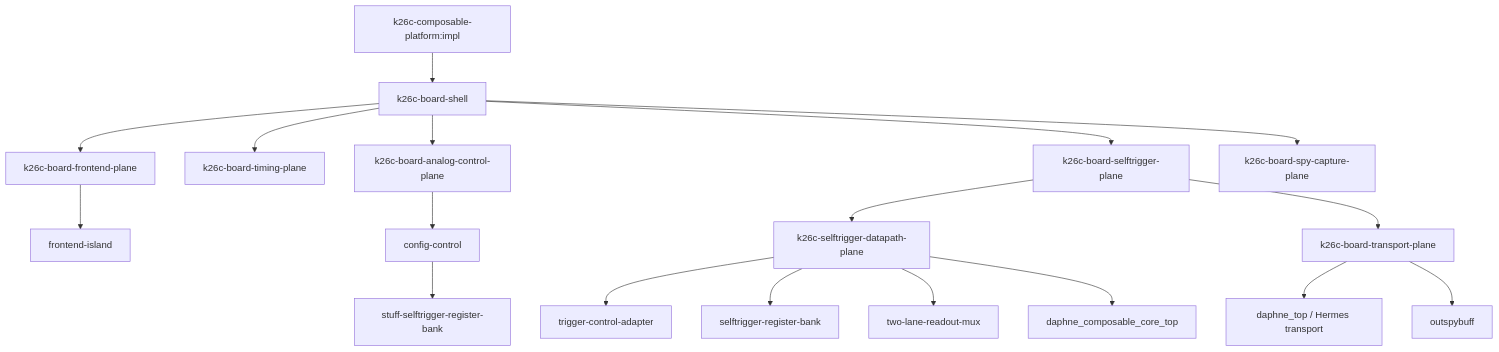
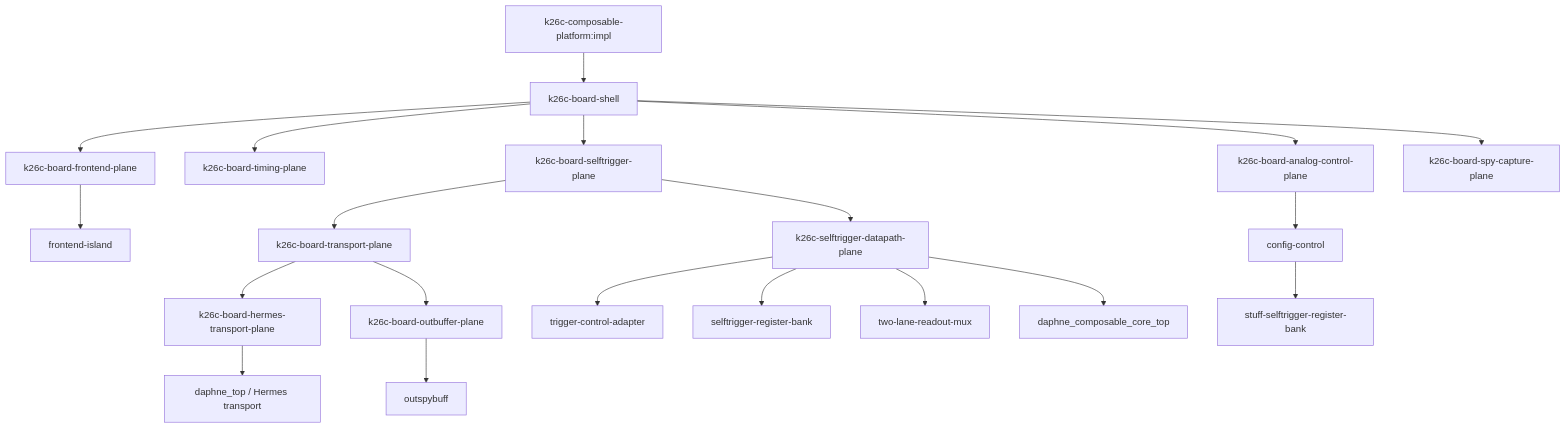
The second of 2 diagrams in docs/native-impl-architecture.md (DUNE-DAQ/daphne-firmware), drawn with Mermaid before and after one commit. The commit also changed other lines of this file and 11 other files, not shown here.

Commit message:
Split transport plane into Hermes and outbuffer

````diff
--- a/docs/native-impl-architecture.md
+++ b/docs/native-impl-architecture.md
@@ -48,20 +48,22 @@
 ```mermaid
 flowchart TD
   P[k26c-composable-platform:impl] --> S[k26c-board-shell]
   S --> FE[k26c-board-frontend-plane]
   S --> TM[k26c-board-timing-plane]
   S --> AN[k26c-board-analog-control-plane]
   S --> ST[k26c-board-selftrigger-plane]
   S --> SP[k26c-board-spy-capture-plane]
   FE --> FI[frontend-island]
   ST --> STD[k26c-selftrigger-datapath-plane]
   ST --> STE[k26c-board-transport-plane]
+  STE --> HER[k26c-board-hermes-transport-plane]
+  STE --> OBT[k26c-board-outbuffer-plane]
   STD --> CT[trigger-control-adapter]
   STD --> RB[selftrigger-register-bank]
   STD --> MX[two-lane-readout-mux]
   STD --> DP[daphne_composable_core_top]
-  STE --> HT[daphne_top / Hermes transport]
-  STE --> SB[outspybuff]
+  HER --> HT[daphne_top / Hermes transport]
+  OBT --> SB[outspybuff]
   AN --> CC[config-control]
   CC --> SRB[stuff-selftrigger-register-bank]
 ```
````
